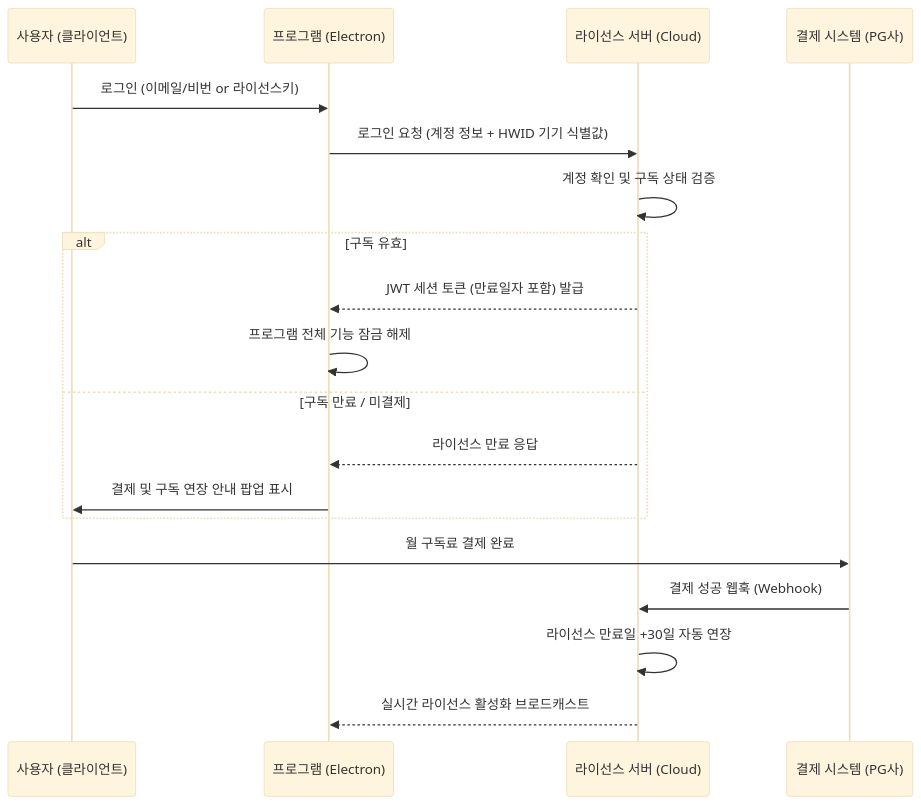
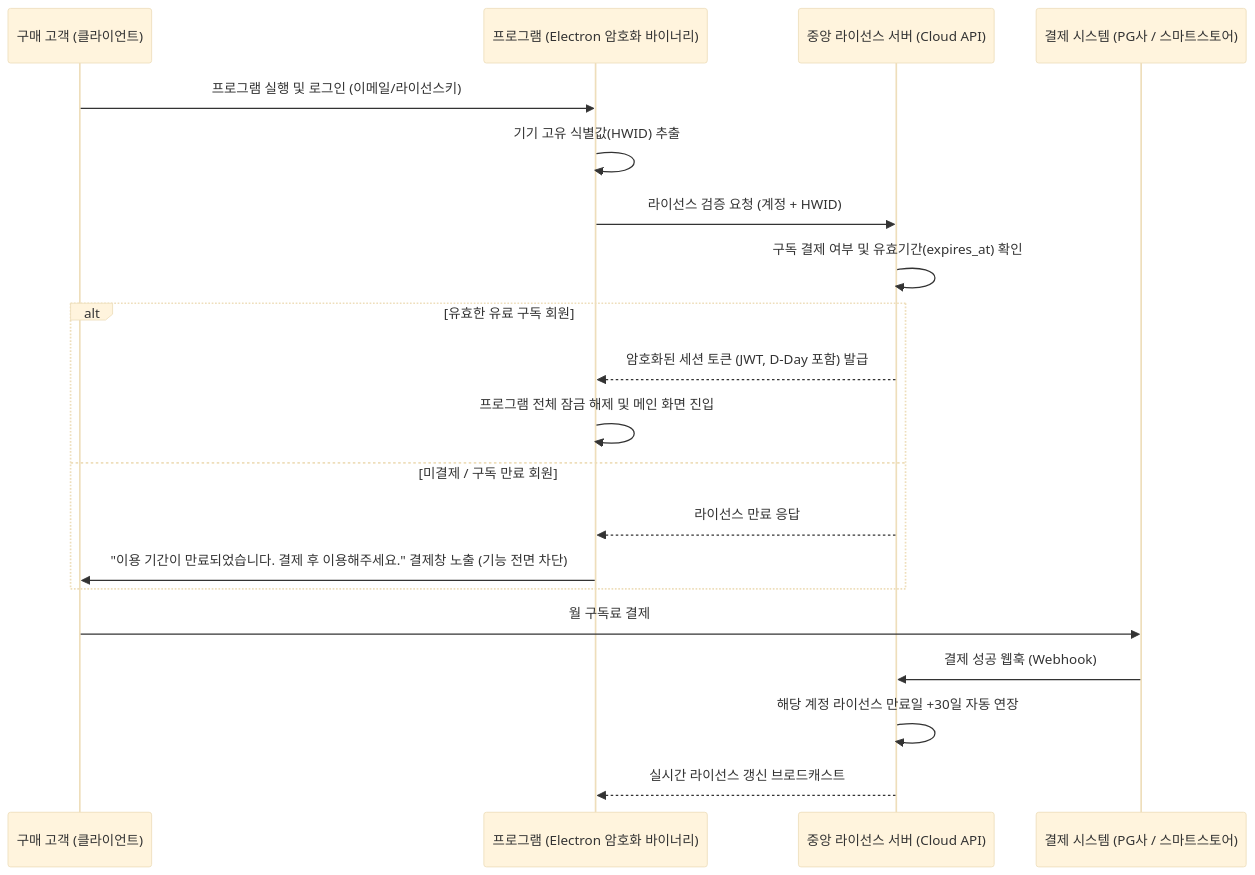
Before and after one commit to lmo0317/blog: the second of 2 diagrams in docs/kmong-95782-feature-gap-analysis.md, drawn with Mermaid (base theme). The commit also changed other lines of this file, not shown here.

Commit message:
fix(docs): 100% 독점 상용 폐쇄형 유료 구독 소프트웨어 명시 및 DRM 라이선스 정책 강화

````diff
--- a/docs/kmong-95782-feature-gap-analysis.md
+++ b/docs/kmong-95782-feature-gap-analysis.md
@@ -80,22 +83,23 @@
 ```mermaid
 sequenceDiagram
-    participant User as 사용자 (클라이언트)
-    participant Client as 프로그램 (Electron)
-    participant Server as 라이선스 서버 (Cloud)
-    participant PG as 결제 시스템 (PG사)
+    participant User as 구매 고객 (클라이언트)
+    participant Client as 프로그램 (Electron 암호화 바이너리)
+    participant Server as 중앙 라이선스 서버 (Cloud API)
+    participant PG as 결제 시스템 (PG사 / 스마트스토어)
 
-    User->>Client: 로그인 (이메일/비번 or 라이선스키)
-    Client->>Server: 로그인 요청 (계정 정보 + HWID 기기 식별값)
-    Server->>Server: 계정 확인 및 구독 상태 검증
-    alt 구독 유효
-        Server-->>Client: JWT 세션 토큰 (만료일자 포함) 발급
-        Client->>Client: 프로그램 전체 기능 잠금 해제
-    else 구독 만료 / 미결제
+    User->>Client: 프로그램 실행 및 로그인 (이메일/라이선스키)
+    Client->>Client: 기기 고유 식별값(HWID) 추출
+    Client->>Server: 라이선스 검증 요청 (계정 + HWID)
+    Server->>Server: 구독 결제 여부 및 유효기간(expires_at) 확인
+    alt 유효한 유료 구독 회원
+        Server-->>Client: 암호화된 세션 토큰 (JWT, D-Day 포함) 발급
+        Client->>Client: 프로그램 전체 잠금 해제 및 메인 화면 진입
+    else 미결제 / 구독 만료 회원
         Server-->>Client: 라이선스 만료 응답
-        Client->>User: 결제 및 구독 연장 안내 팝업 표시
+        Client->>User: "이용 기간이 만료되었습니다. 결제 후 이용해주세요." 결제창 노출 (기능 전면 차단)
     end
-    User->>PG: 월 구독료 결제 완료
+    User->>PG: 월 구독료 결제
     PG->>Server: 결제 성공 웹훅 (Webhook)
-    Server->>Server: 라이선스 만료일 +30일 자동 연장
-    Server-->>Client: 실시간 라이선스 활성화 브로드캐스트
+    Server->>Server: 해당 계정 라이선스 만료일 +30일 자동 연장
+    Server-->>Client: 실시간 라이선스 갱신 브로드캐스트
 ```
````
